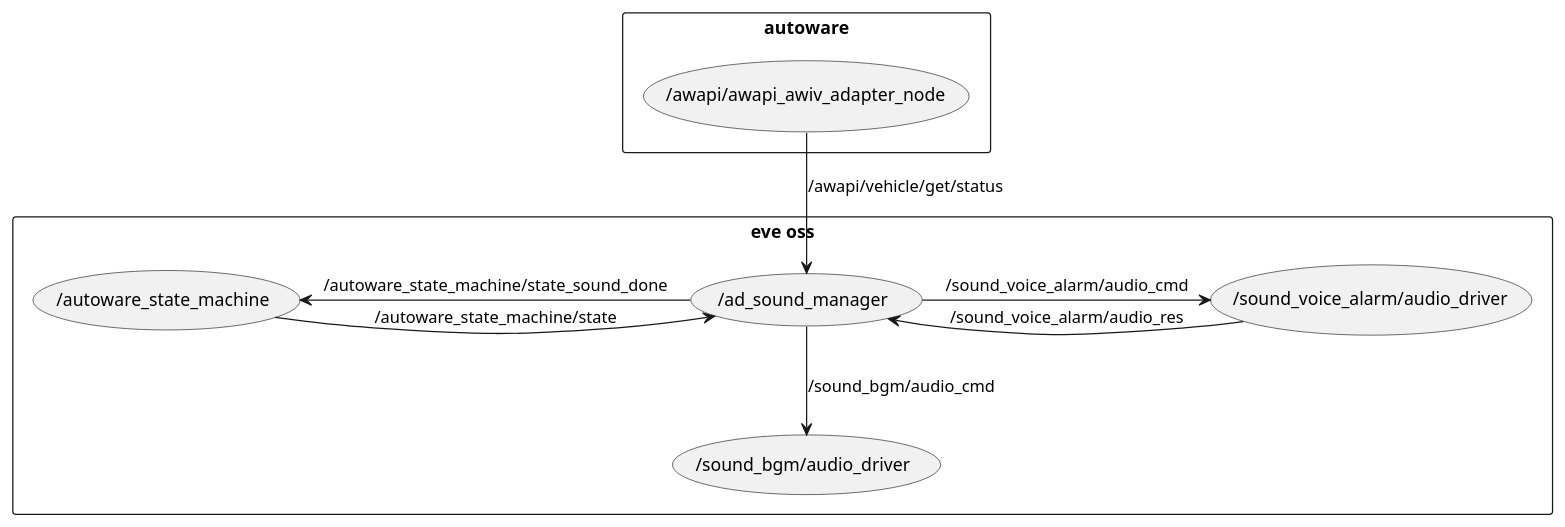
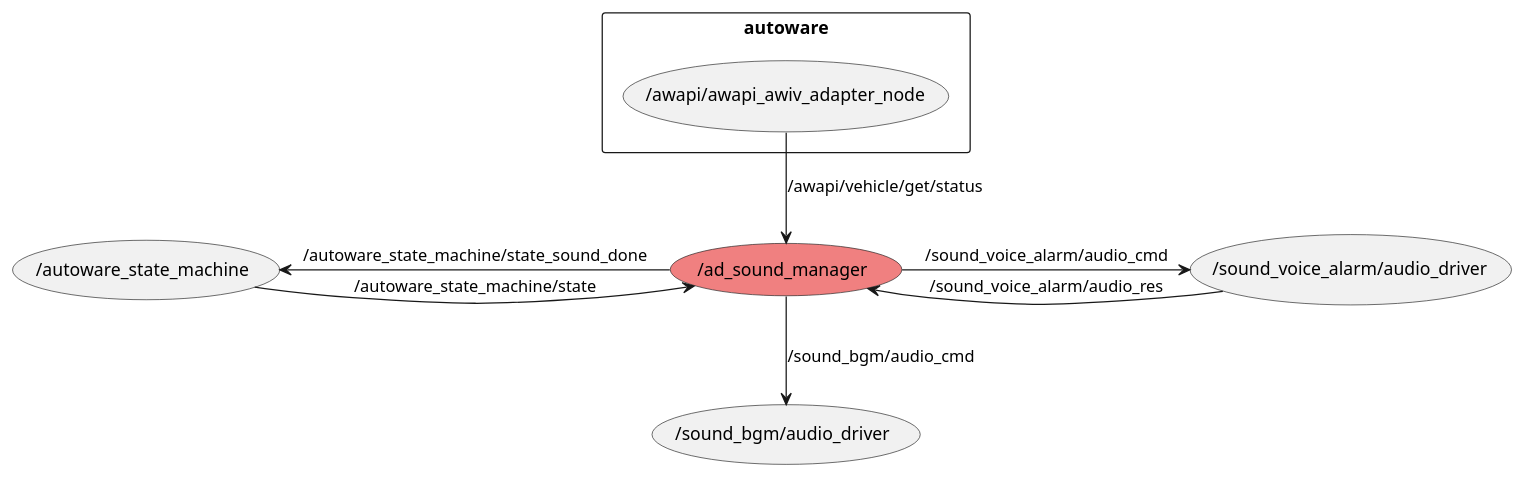
The diagram in docs/node_graph.pu (eve-autonomy/ad_sound_manager), drawn with PlantUML before and after one commit. The commit also changed 1 other file, not shown here.

```diff
--- a/docs/node_graph.pu
+++ b/docs/node_graph.pu
@@ -1,19 +1,17 @@
 @startuml
 rectangle "autoware" {
   usecase "/awapi/awapi_awiv_adapter_node"
 }
 
-rectangle "eve oss" {
-  usecase "/autoware_state_machine"
-  usecase "/ad_sound_manager"
-  usecase "/sound_voice_alarm/audio_driver"
-  usecase "/sound_bgm/audio_driver"
-}
+usecase "/autoware_state_machine"
+usecase "/ad_sound_manager" #LightCoral
+usecase "/sound_voice_alarm/audio_driver"
+usecase "/sound_bgm/audio_driver"
 
 (/awapi/awapi_awiv_adapter_node) --> (/ad_sound_manager) : /awapi/vehicle/get/status
 (/autoware_state_machine) -> (/ad_sound_manager) : /autoware_state_machine/state
 (/autoware_state_machine) <- (/ad_sound_manager) : /autoware_state_machine/state_sound_done
 (/ad_sound_manager) -> (/sound_voice_alarm/audio_driver) : /sound_voice_alarm/audio_cmd
 (/ad_sound_manager) <- (/sound_voice_alarm/audio_driver) : /sound_voice_alarm/audio_res
 (/ad_sound_manager) --> (/sound_bgm/audio_driver) : /sound_bgm/audio_cmd
 @enduml
```
